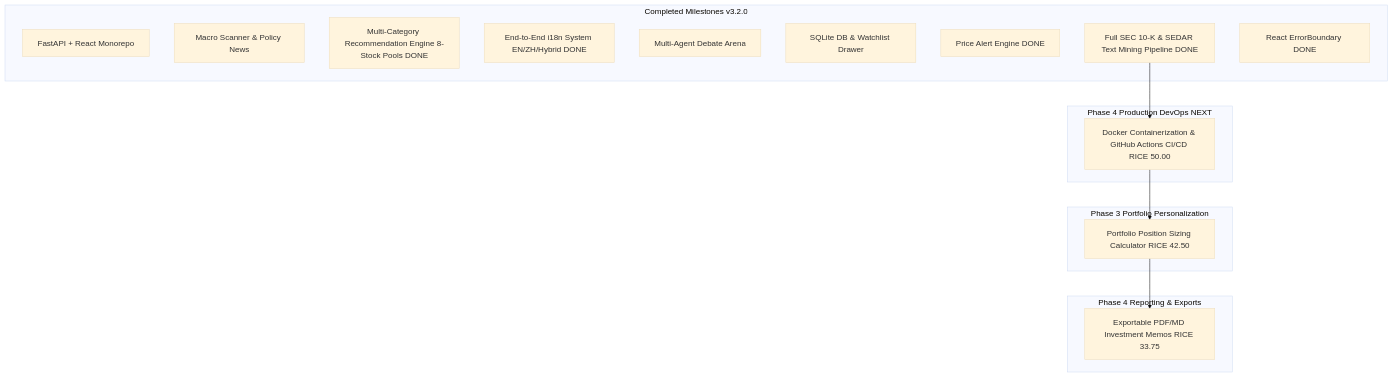
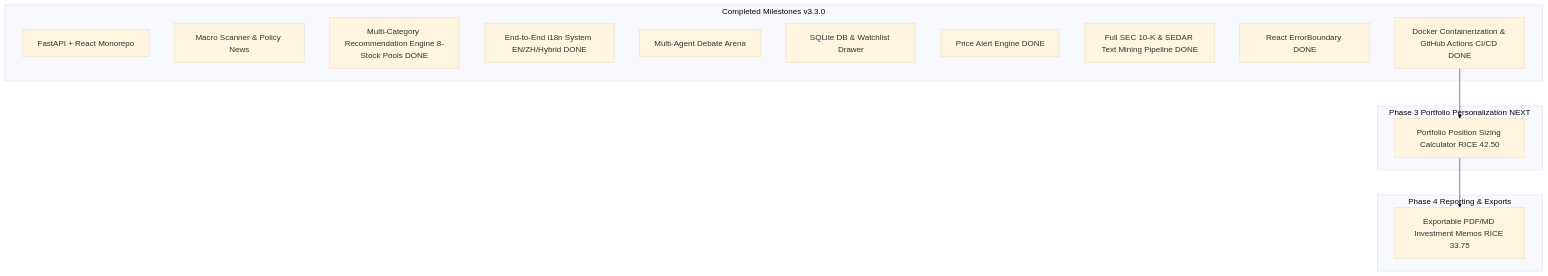
Before and after one commit to edzhangcan/ai-investment: the diagram in remaining_backlog_rice.md, drawn with Mermaid (base theme). The commit also changed other lines of this file, not shown here.

Commit message:
docs: update remaining backlog RICE table for release v3.3.0

````diff
--- a/remaining_backlog_rice.md
+++ b/remaining_backlog_rice.md
@@ -30,30 +30,26 @@
 ```mermaid
 graph TD
-    subgraph Completed Milestones v3.2.0
+    subgraph Completed Milestones v3.3.0
         F1[FastAPI + React Monorepo]
         F2[Macro Scanner & Policy News]
         F3[Multi-Category Recommendation Engine 8-Stock Pools DONE]
         F4[End-to-End i18n System EN/ZH/Hybrid DONE]
         F5[Multi-Agent Debate Arena]
         F6[SQLite DB & Watchlist Drawer]
         F7[Price Alert Engine DONE]
         F8[Full SEC 10-K & SEDAR Text Mining Pipeline DONE]
         F9[React ErrorBoundary DONE]
+        F10[Docker Containerization & GitHub Actions CI/CD DONE]
     end
 
-    subgraph Phase 4 Production DevOps NEXT
-        P4_1[Docker Containerization & GitHub Actions CI/CD RICE 50.00]
-    end
-
-    subgraph Phase 3 Portfolio Personalization
+    subgraph Phase 3 Portfolio Personalization NEXT
         P3_1[Portfolio Position Sizing Calculator RICE 42.50]
     end
 
     subgraph Phase 4 Reporting & Exports
         P4_2[Exportable PDF/MD Investment Memos RICE 33.75]
     end
 
-    F8 --> P4_1
-    P4_1 --> P3_1
+    F10 --> P3_1
     P3_1 --> P4_2
 ```
````
